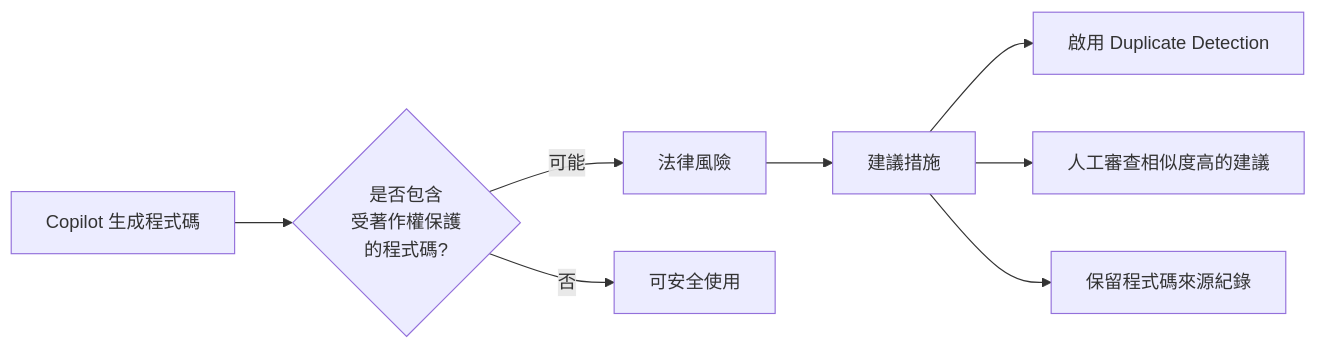
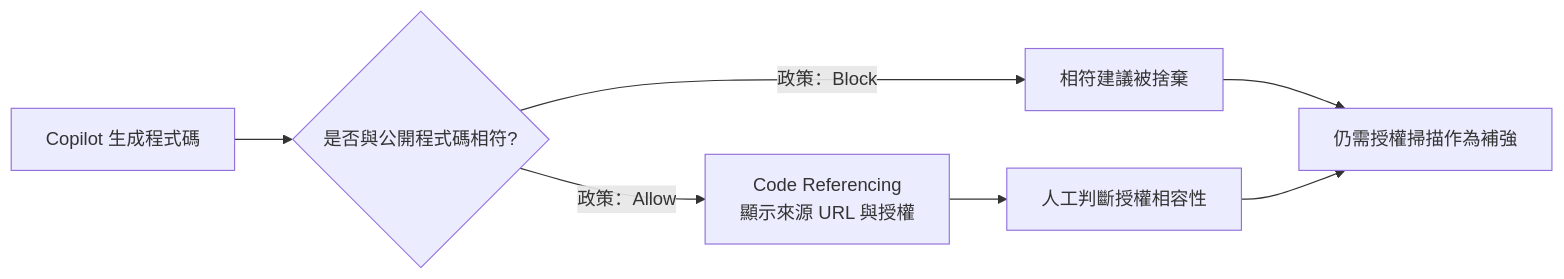
Before and after one commit to chihhung/Blog: diagram 17 of 26 in content/posts/教學/AI開發/github copilot生態圈教學手冊.md, drawn with Mermaid. The commit also changed other lines of this file and 2 other files, not shown here.

````diff
--- a/content/posts/教學/AI開發/github copilot生態圈教學手冊.md
+++ b/content/posts/教學/AI開發/github copilot生態圈教學手冊.md
@@ -2444,11 +3499,9 @@
 ```mermaid
 graph LR
-    A[Copilot 生成程式碼] --> B{是否包含<br/>受著作權保護<br/>的程式碼?}
-    B -->|可能| C[法律風險]
-    B -->|否| D[可安全使用]
-    
-    C --> E[建議措施]
-    E --> F[啟用 Duplicate Detection]
-    E --> G[人工審查相似度高的建議]
-    E --> H[保留程式碼來源紀錄]
+    A[Copilot 生成程式碼] --> B{是否與公開程式碼相符?}
+    B -->|政策：Block| C[相符建議被捨棄]
+    B -->|政策：Allow| D[Code Referencing<br/>顯示來源 URL 與授權]
+    D --> E[人工判斷授權相容性]
+    C --> F[仍需授權掃描作為補強]
+    E --> F
 ```
````
